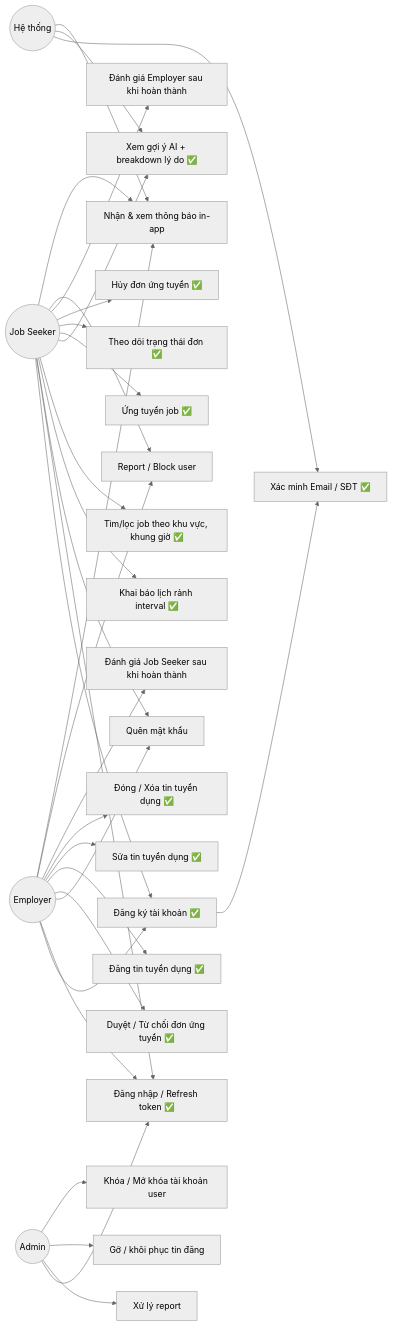
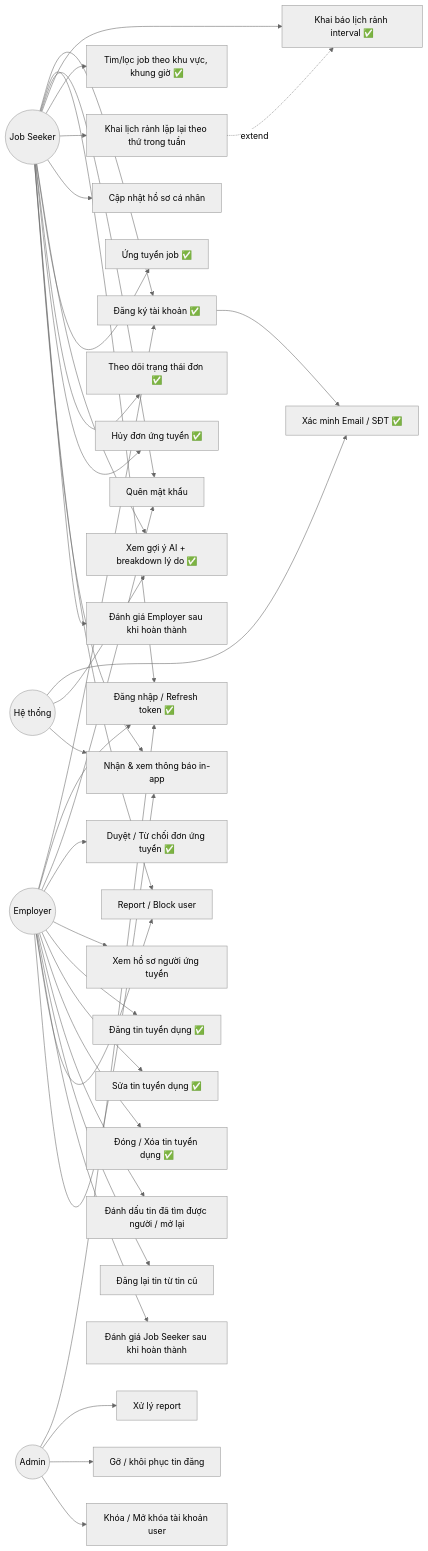
The diagram in docs/design/use-case.md (VanSyx/DATN_TimViecPartTime), drawn with Mermaid (neutral theme) before and after one commit. The commit also changed other lines of this file and 4 other files, not shown here.

````diff
--- a/docs/design/use-case.md
+++ b/docs/design/use-case.md
@@ -5,57 +5,63 @@
 ```mermaid
 flowchart LR
     JS((Job Seeker))
     EMP((Employer))
     ADM((Admin))
     SYS((Hệ thống))
 
     %% FR1 - Auth
     JS --> UC1[Đăng ký tài khoản ✅]
     JS --> UC2[Đăng nhập / Refresh token ✅]
     EMP --> UC1
     EMP --> UC2
     ADM --> UC2
     JS --> UC21[Quên mật khẩu]
     EMP --> UC21
 
     %% FR8 - Verification
     UC1 --> UC3[Xác minh Email / SĐT ✅]
     SYS --> UC3
 
     %% FR3 - Availability + Search
     JS --> UC4[Khai báo lịch rảnh interval ✅]
     JS --> UC5[Tìm/lọc job theo khu vực, khung giờ ✅]
+    UC22[Khai lịch rảnh lặp lại theo thứ trong tuần] -.->|extend| UC4
+    JS --> UC22
+    JS --> UC23[Cập nhật hồ sơ cá nhân]
 
     %% FR4 - AI Recommendation
     JS --> UC6[Xem gợi ý AI + breakdown lý do ✅]
     SYS --> UC6
 
     %% FR5 - Application flow
     JS --> UC7[Ứng tuyển job ✅]
     JS --> UC8[Theo dõi trạng thái đơn ✅]
     JS --> UC9[Hủy đơn ứng tuyển ✅]
     EMP --> UC10[Duyệt / Từ chối đơn ứng tuyển ✅]
+    EMP --> UC24[Xem hồ sơ người ứng tuyển]
 
     %% FR2 - Job CRUD
     EMP --> UC11[Đăng tin tuyển dụng ✅]
     EMP --> UC12[Sửa tin tuyển dụng ✅]
     EMP --> UC13[Đóng / Xóa tin tuyển dụng ✅]
+    EMP --> UC25[Đánh dấu tin đã tìm được người / mở lại]
+    EMP --> UC26[Đăng lại tin từ tin cũ]
 
     %% FR6 - Rating
     JS --> UC14[Đánh giá Employer sau khi hoàn thành]
     EMP --> UC15[Đánh giá Job Seeker sau khi hoàn thành]
 
     %% FR7 - Trust & Safety
     JS --> UC16[Report / Block user]
     EMP --> UC16
     ADM --> UC17[Xử lý report]
 
     %% FR9 - Notification
     JS --> UC18[Nhận & xem thông báo in-app]
     EMP --> UC18
     SYS --> UC18
 
     %% FR10 - Admin
     ADM --> UC19[Gỡ / khôi phục tin đăng]
     ADM --> UC20[Khóa / Mở khóa tài khoản user]
 ```
````
